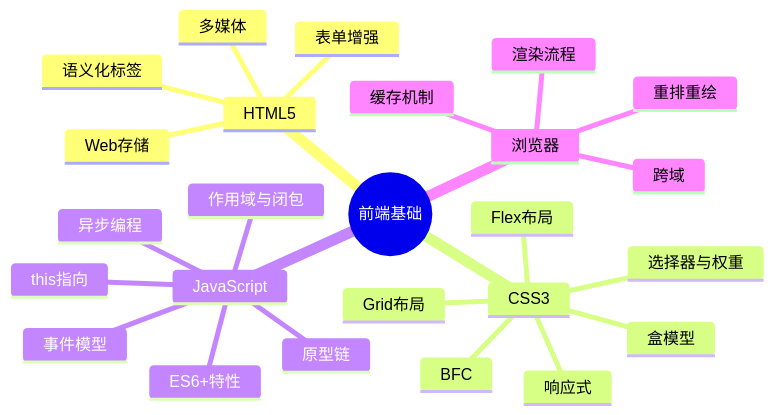
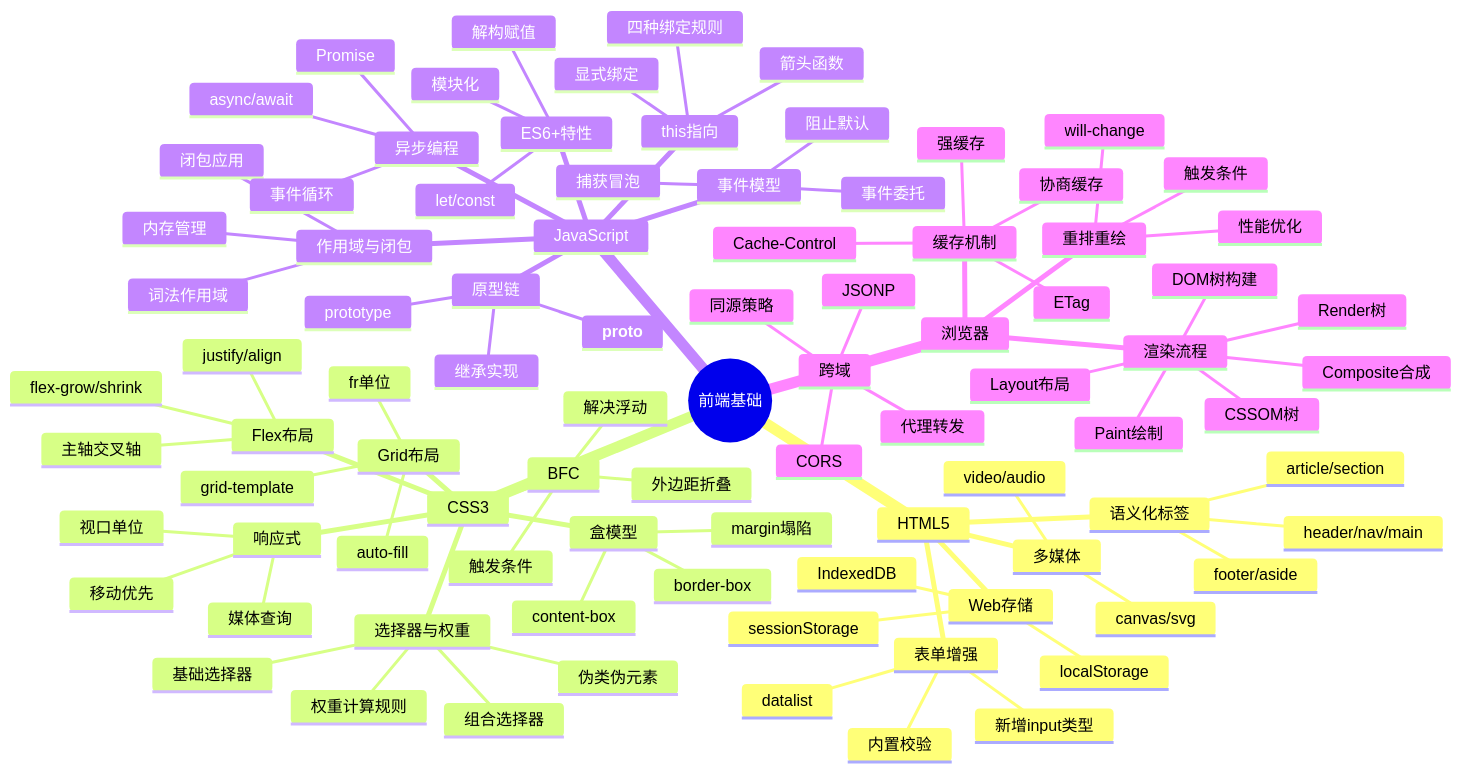
The first of 3 diagrams in 20_Java_FullStack/01_Frontend/前端基础.md (laoliu-463/mybook), drawn with Mermaid before and after one commit. The commit also changed 3 other files, not shown here.

````diff
--- a/20_Java_FullStack/01_Frontend/前端基础.md
+++ b/20_Java_FullStack/01_Frontend/前端基础.md
@@ -28,26 +28,91 @@
   root((前端基础))
     HTML5
       语义化标签
+        header/nav/main
+        article/section
+        footer/aside
       表单增强
+        新增input类型
+        内置校验
+        datalist
       多媒体
+        video/audio
+        canvas/svg
       Web存储
+        localStorage
+        sessionStorage
+        IndexedDB
     CSS3
       选择器与权重
+        基础选择器
+        组合选择器
+        伪类伪元素
+        权重计算规则
       盒模型
+        content-box
+        border-box
+        margin塌陷
       Flex布局
+        主轴交叉轴
+        justify/align
+        flex-grow/shrink
       Grid布局
+        grid-template
+        fr单位
+        auto-fill
       BFC
+        触发条件
+        解决浮动
+        外边距折叠
       响应式
+        媒体查询
+        视口单位
+        移动优先
     JavaScript
       作用域与闭包
+        词法作用域
+        闭包应用
+        内存管理
       this指向
+        四种绑定规则
+        箭头函数
+        显式绑定
       原型链
+        prototype
+        __proto__
+        继承实现
       事件模型
+        捕获冒泡
+        事件委托
+        阻止默认
       异步编程
+        Promise
+        async/await
+        事件循环
       ES6+特性
+        let/const
+        解构赋值
+        模块化
     浏览器
       渲染流程
+        DOM树构建
+        CSSOM树
+        Render树
+        Layout布局
+        Paint绘制
+        Composite合成
       重排重绘
+        触发条件
+        性能优化
+        will-change
       跨域
+        同源策略
+        CORS
+        JSONP
+        代理转发
       缓存机制
+        强缓存
+        协商缓存
+        Cache-Control
+        ETag
 ```
````
